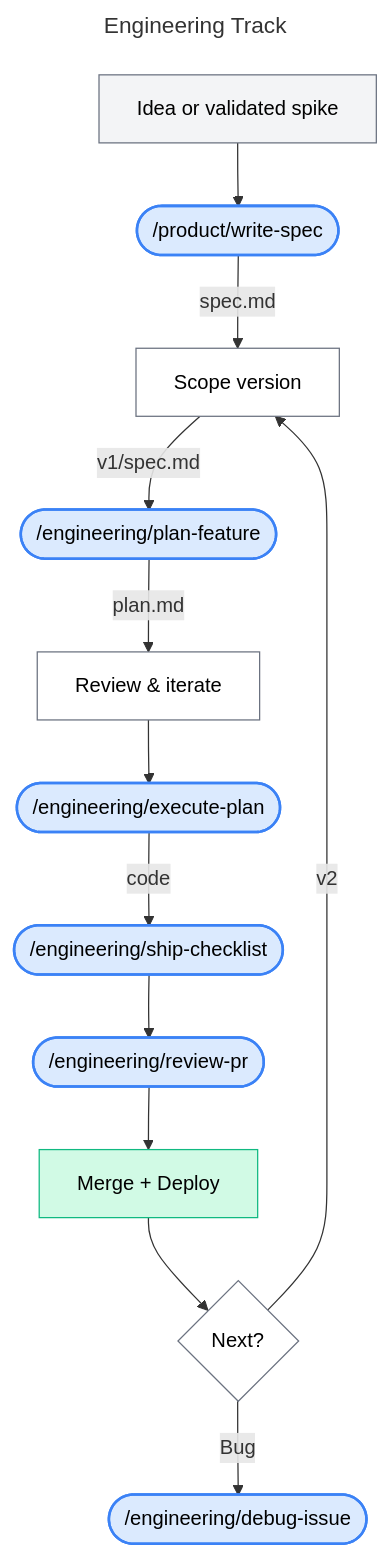
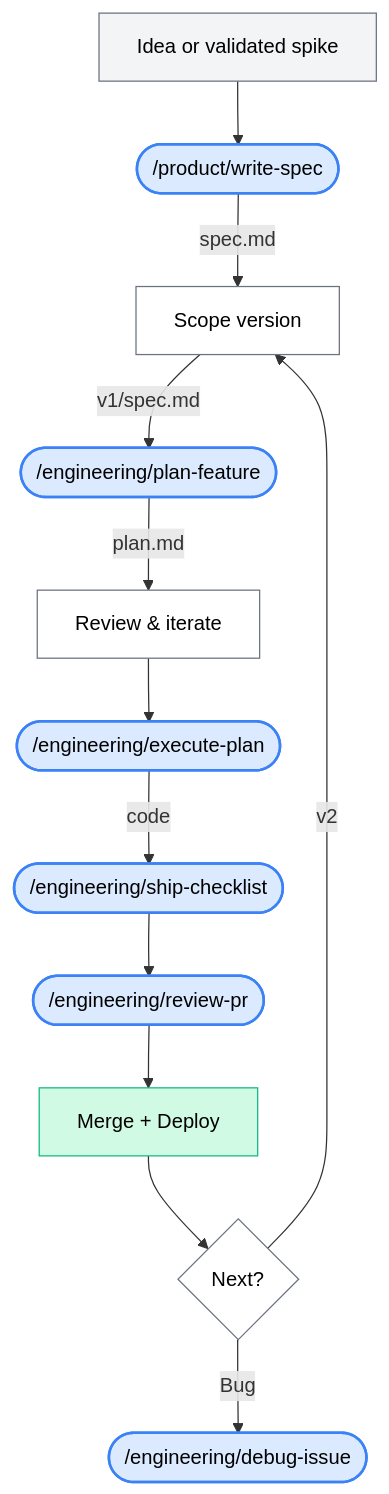
Before and after one commit to DalgoT4D/dalgo-core: the second of 2 diagrams in README.md, drawn with Mermaid. The commit also changed other lines of this file, not shown here.

````diff
--- a/README.md
+++ b/README.md
@@ -88,29 +85,26 @@
 ```mermaid
----
-title: Engineering Track
----
 flowchart TD
     A["Idea or validated spike"] --> B(["/product/write-spec"])
     B --> |"spec.md"| C["Scope version"]
     C --> |"v1/spec.md"| D(["/engineering/plan-feature"])
     D --> |"plan.md"| E["Review & iterate"]
     E --> F(["/engineering/execute-plan"])
     F --> |"code"| G(["/engineering/ship-checklist"])
     G --> H(["/engineering/review-pr"])
     H --> I["Merge + Deploy"]
     I --> J{Next?}
     J --> |Bug| K(["/engineering/debug-issue"])
     J --> |v2| C
 
     style A fill:#f3f4f6,stroke:#6b7280,color:#000
     style B fill:#dbeafe,stroke:#3b82f6,color:#000,stroke-width:2px
     style C fill:#fff,stroke:#6b7280,color:#000
     style D fill:#dbeafe,stroke:#3b82f6,color:#000,stroke-width:2px
     style E fill:#fff,stroke:#6b7280,color:#000
     style F fill:#dbeafe,stroke:#3b82f6,color:#000,stroke-width:2px
     style G fill:#dbeafe,stroke:#3b82f6,color:#000,stroke-width:2px
     style H fill:#dbeafe,stroke:#3b82f6,color:#000,stroke-width:2px
     style I fill:#d1fae5,stroke:#10b981,color:#000
     style J fill:#fff,stroke:#6b7280,color:#000
     style K fill:#dbeafe,stroke:#3b82f6,color:#000,stroke-width:2px
 ```
````
